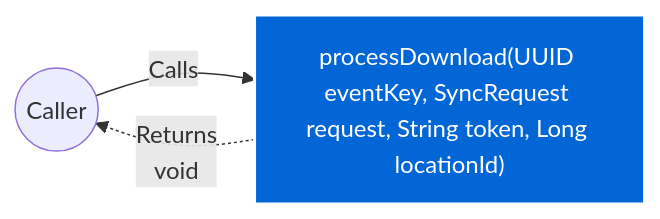
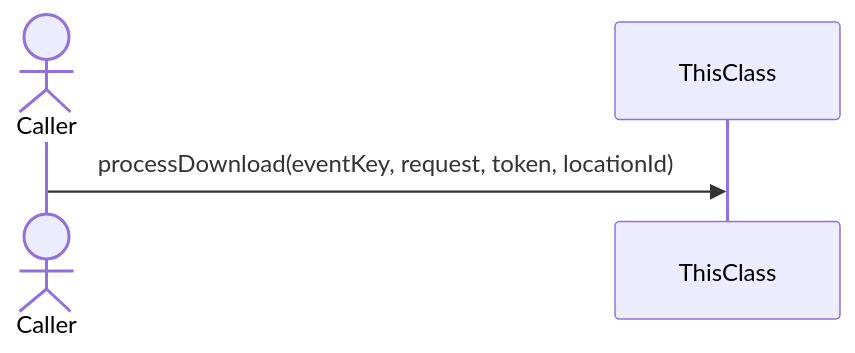
The eighth of 16 diagrams in docs/CloudSyncUploadService.md (FelipeMCassiano/geanky), drawn with Mermaid before and after one commit. The commit also changed other lines of this file and 9 other files, not shown here.

````diff
--- a/docs/CloudSyncUploadService.md
+++ b/docs/CloudSyncUploadService.md
@@ -762,9 +647,8 @@
 ```mermaid
-flowchart LR
-    classDef methodNode fill:#0366d6,stroke:#fff,stroke-width:2px,color:#fff;
-    Caller(("Caller"))
-    Method["processDownload(UUID eventKey, SyncRequest request, String token, Long locationId)"]:::methodNode
+sequenceDiagram
+    actor Caller
+    participant ThisClass
 
-    Caller -- "Calls" --> Method
-    Method -. "Returns<br>void" .-> Caller
+    Caller->>ThisClass: processDownload(eventKey, request, token, locationId)
+
 ```
````
